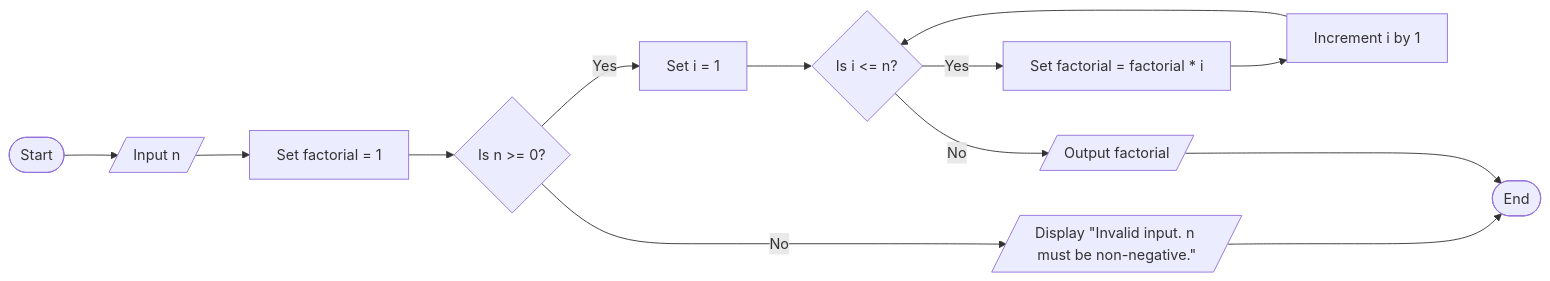
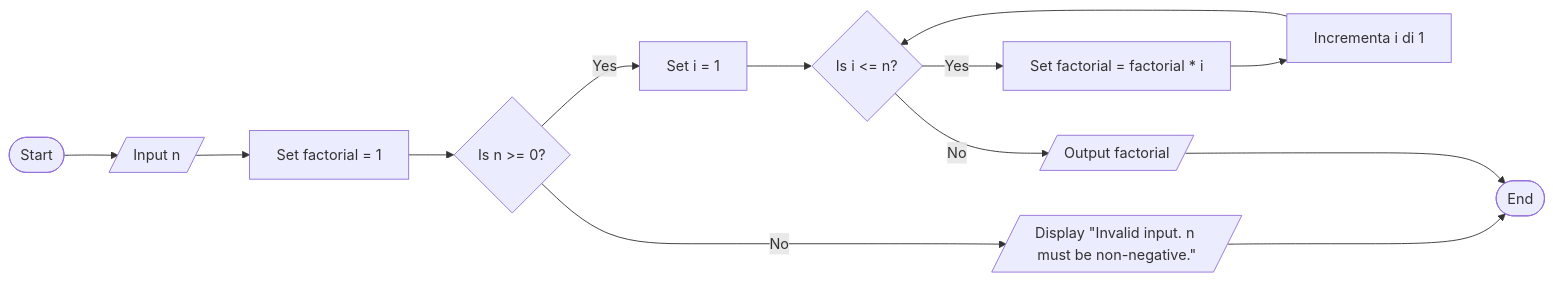
The ninth of 11 diagrams in pages/slides1.md (gdegani/its-meccatronico-programmazione), drawn with Mermaid before and after one commit. The commit also changed other lines of this file and 1 other file, not shown here.

````diff
--- a/pages/slides1.md
+++ b/pages/slides1.md
@@ -486,15 +479,15 @@
 ```mermaid {scale: 0.5, alt: 'A diagram'}
 flowchart LR
     Start([Start]) --> InputNum[/Input n/]
     InputNum --> Initialize[Set factorial = 1]
     Initialize --> Check{Is n >= 0?}
     Check -- No --> Error[/Display "Invalid input. n must be non-negative."/]
     Error ---> End([End])
     Check -- Yes --> LoopStart[Set i = 1]
     LoopStart --> LoopCheck{Is i <= n?}
     LoopCheck -- Yes --> Multiply[Set factorial = factorial * i]
-    Multiply --> Increment[Increment i by 1]
+    Multiply --> Increment[Incrementa i di 1]
     Increment --> LoopCheck
     LoopCheck -- No --> OutputResult[/Output factorial/]
     OutputResult ---> End([End])
 ```
````
